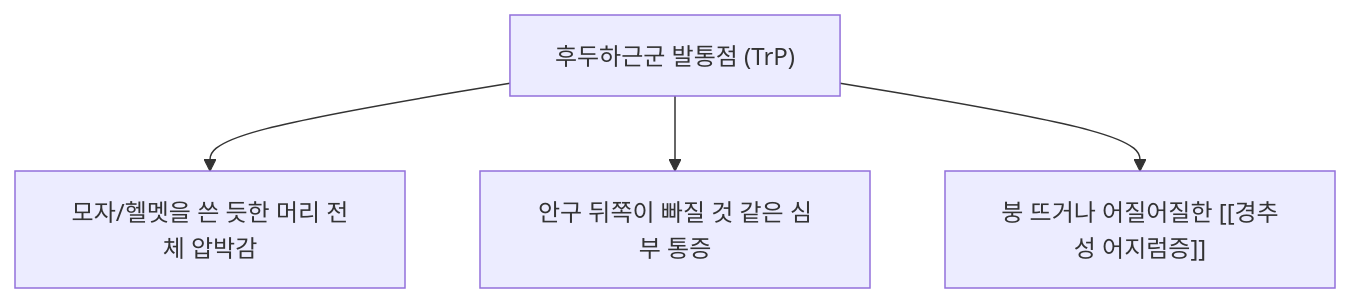
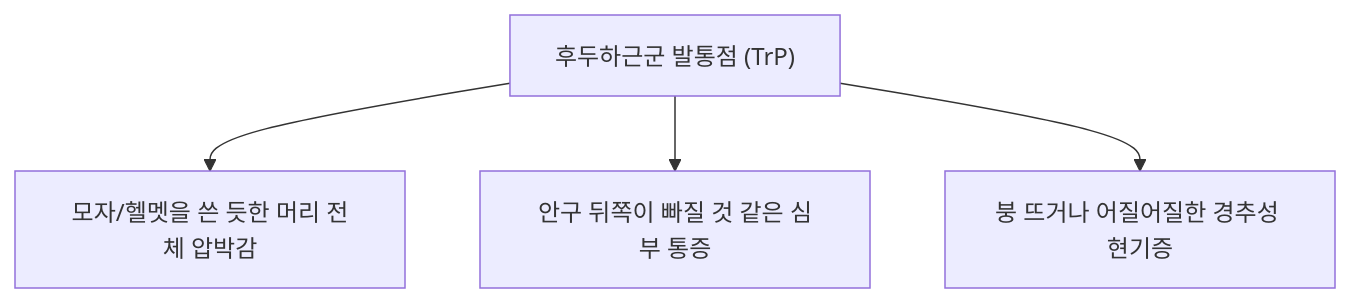
Before and after one commit to simbio11/simbio-digital-garden2: the second of 2 diagrams in content/1. 근골격계 공부/근육/(2) 경부/후두하근.md, drawn with Mermaid. The commit also changed other lines of this file and 36 other files, not shown here.

````diff
--- a/content/1. 근골격계 공부/근육/(2) 경부/후두하근.md
+++ b/content/1. 근골격계 공부/근육/(2) 경부/후두하근.md
@@ -90,6 +62,6 @@
 ```mermaid
 graph TD
     Suboccipital_TrP["후두하근군 발통점 (TrP)"] --> Pattern_Helmet["모자/헬멧을 쓴 듯한 머리 전체 압박감"]
     Suboccipital_TrP --> Pattern_Retroorbital["안구 뒤쪽이 빠질 것 같은 심부 통증"]
-    Suboccipital_TrP --> Pattern_Dizziness["붕 뜨거나 어질어질한 [[경추성 어지럼증]]"]
+    Suboccipital_TrP --> Pattern_Dizziness["붕 뜨거나 어질어질한 경추성 현기증"]
 ```
````
